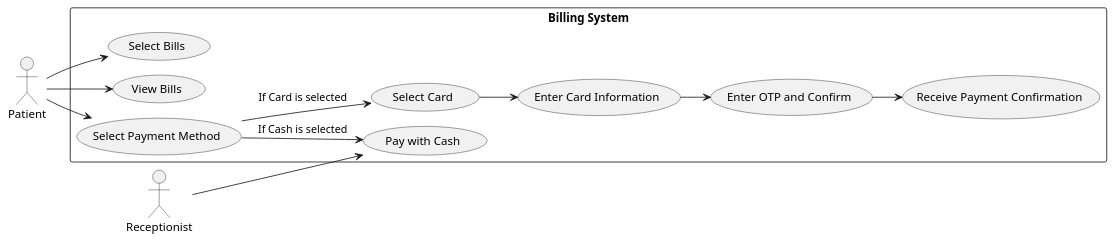
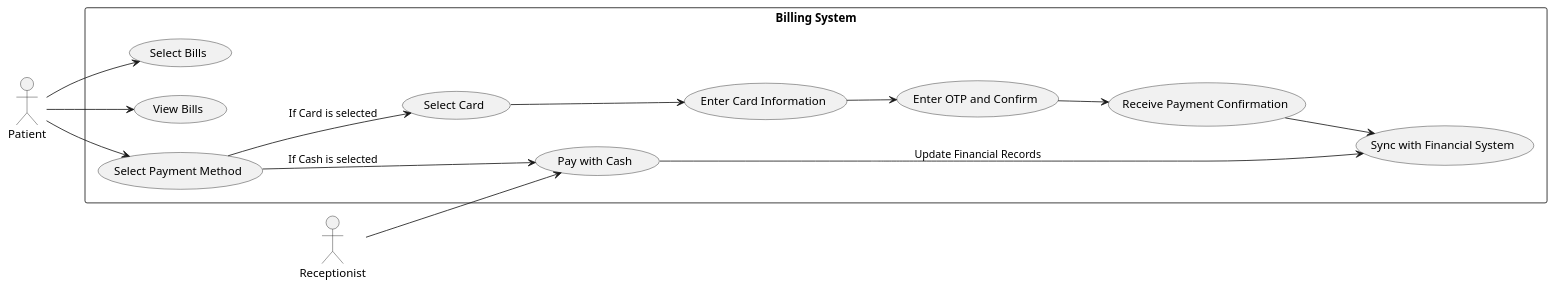
Before and after one commit to malak-elbanna/Usecases_Reqs: the diagram in Bill payments/Bills.puml, drawn with PlantUML. The commit also changed 16 other files, not shown here.

```diff
--- a/Bill payments/Bills.puml
+++ b/Bill payments/Bills.puml
@@ -1,31 +1,32 @@
 @startuml
-'https://plantuml.com/use-case-diagram
-!pragma layout smetana
 left to right direction
 
 actor Patient
 actor Receptionist
 
 rectangle "Billing System" as System {
     usecase "Select Bills" as UC1
     usecase "View Bills" as UC2
     usecase "Select Payment Method" as UC3
     usecase "Select Card" as UC4
     usecase "Enter Card Information" as UC5
     usecase "Enter OTP and Confirm" as UC6
     usecase "Receive Payment Confirmation" as UC7
+    usecase "Sync with Financial System" as UC9
     usecase "Pay with Cash" as UC8
 }
 
 Patient --> UC1
 Patient --> UC2
 Patient --> UC3
 UC3 --> UC4 : If Card is selected
 UC4 --> UC5
 UC5 --> UC6
 UC6 --> UC7
+UC7 --> UC9
 
 UC3 --> UC8 : If Cash is selected
 Receptionist --> UC8
+UC8 --> UC9 : Update Financial Records
 
 @enduml
```
